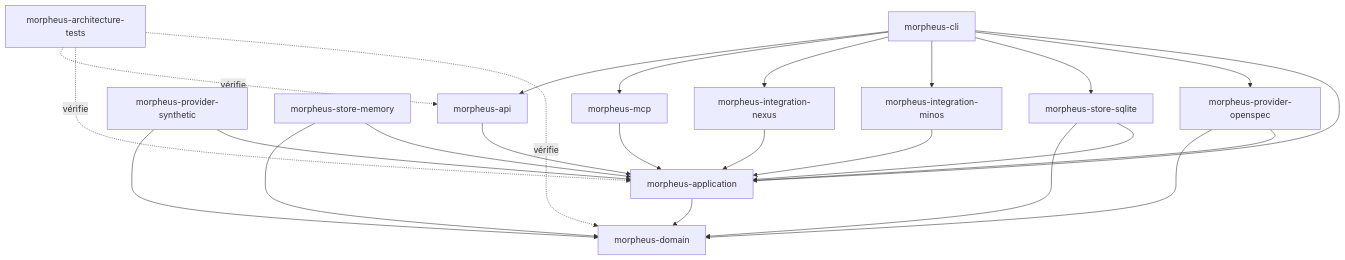
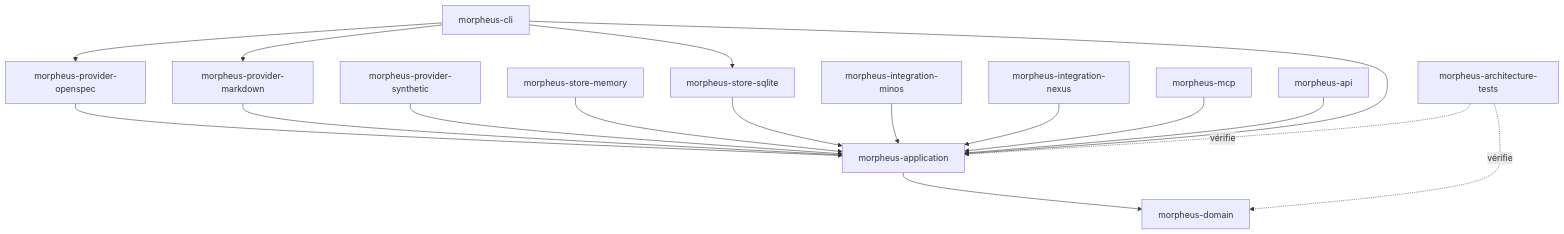
The first of 2 diagrams in docs/developer/README.md (FTurleque/morpheus-engine), drawn with Mermaid before and after one commit. The commit also changed other lines of this file, not shown here.

````diff
--- a/docs/developer/README.md
+++ b/docs/developer/README.md
@@ -65,39 +60,33 @@
 ```mermaid
 flowchart TB
     DOMAIN[morpheus-domain]
     APP[morpheus-application]
     OPEN[morpheus-provider-openspec]
+    MD[morpheus-provider-markdown]
     SYN[morpheus-provider-synthetic]
     MEM[morpheus-store-memory]
     SQL[morpheus-store-sqlite]
     MINOS[morpheus-integration-minos]
     NEXUS[morpheus-integration-nexus]
     MCP[morpheus-mcp]
     API[morpheus-api]
     CLI[morpheus-cli]
     ARCH[morpheus-architecture-tests]
 
     APP --> DOMAIN
     OPEN --> APP
-    OPEN --> DOMAIN
+    MD --> APP
     SYN --> APP
-    SYN --> DOMAIN
     MEM --> APP
-    MEM --> DOMAIN
     SQL --> APP
-    SQL --> DOMAIN
     MINOS --> APP
     NEXUS --> APP
     MCP --> APP
     API --> APP
     CLI --> APP
     CLI --> OPEN
+    CLI --> MD
     CLI --> SQL
-    CLI --> MINOS
-    CLI --> NEXUS
-    CLI --> MCP
-    CLI --> API
     ARCH -. vérifie .-> DOMAIN
     ARCH -. vérifie .-> APP
-    ARCH -. vérifie .-> API
 ```
````
